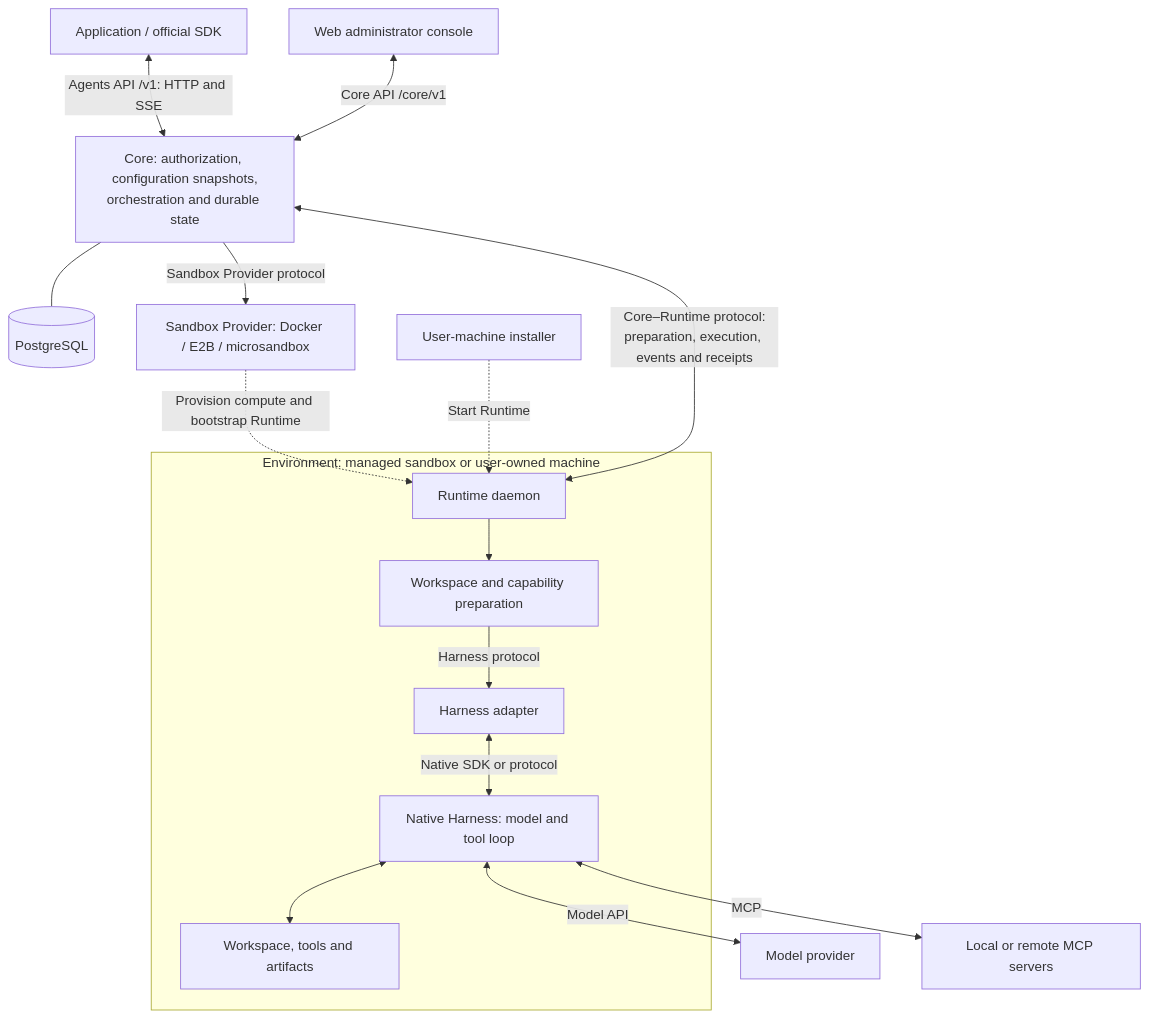
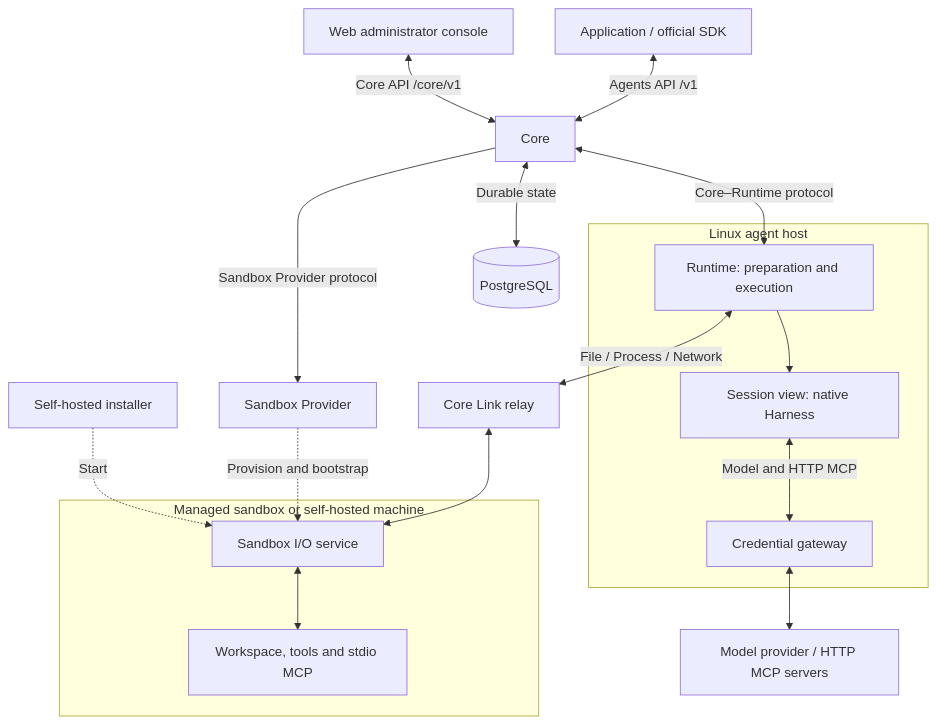
The diagram in docs/architecture.md (MiniMax-AI/OpenAgentCore), drawn with Mermaid before and after one commit. The commit also changed other lines of this file and 12 other files, not shown here.

Commit message:
Document the agent-host cutover (#569)

````diff
--- a/docs/architecture.md
+++ b/docs/architecture.md
@@ -7,19 +7,20 @@
 ```mermaid
 flowchart TB
-    App["Application / official SDK"] <-->|"Agents API /v1: HTTP and SSE"| Core
+    App["Application / official SDK"] <-->|"Agents API /v1"| Core
     Web["Web administrator console"] <-->|"Core API /core/v1"| Core
-    Core["Core: authorization, configuration snapshots,<br/>orchestration and durable state"]
-    Core --- DB[("PostgreSQL")]
-    Core -->|"Sandbox Provider protocol"| SP["Sandbox Provider: Docker / E2B / microsandbox"]
-    SP -.->|"Provision compute and bootstrap Runtime"| R
-    User["User-machine installer"] -.->|"Start Runtime"| R
-    Core <-->|"Core–Runtime protocol:<br/>preparation, execution, events and receipts"| R
-    subgraph Env["Environment: managed sandbox or user-owned machine"]
-        R["Runtime daemon"] --> P["Workspace and capability preparation"]
-        P -->|"Harness protocol"| A["Harness adapter"]
-        A <-->|"Native SDK or protocol"| H["Native Harness: model and tool loop"]
-        H <--> F["Workspace, tools and artifacts"]
+    Core <-->|"Durable state"| DB[("PostgreSQL")]
+    Core -->|"Sandbox Provider protocol"| SP["Sandbox Provider"]
+    Core <-->|"Core–Runtime protocol"| R
+    subgraph Host["Linux agent host"]
+        R["Runtime: preparation and execution"] --> H["Session view: native Harness"]
+        H <-->|"Model and HTTP MCP"| G["Credential gateway"]
     end
-    H <-->|"Model API"| Model["Model provider"]
-    H <-->|"MCP"| MCP["Local or remote MCP servers"]
+    G <--> Upstream["Model provider / HTTP MCP servers"]
+    R <-->|"File / Process / Network"| Link["Core Link relay"]
+    Link <--> IO
+    SP -.->|"Provision and bootstrap"| IO
+    User["Self-hosted installer"] -.->|"Start"| IO
+    subgraph Env["Managed sandbox or self-hosted machine"]
+        IO["Sandbox I/O service"] <--> F["Workspace, tools and stdio MCP"]
+    end
 ```
````
